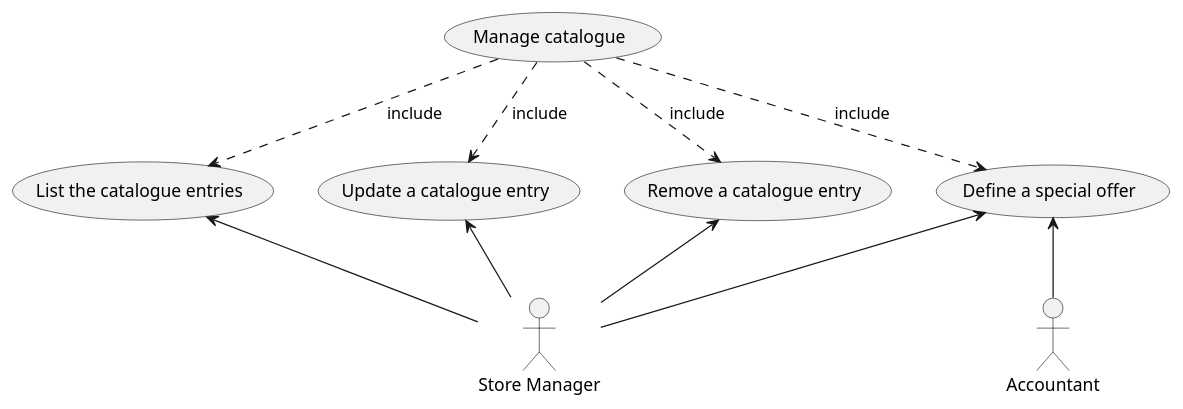
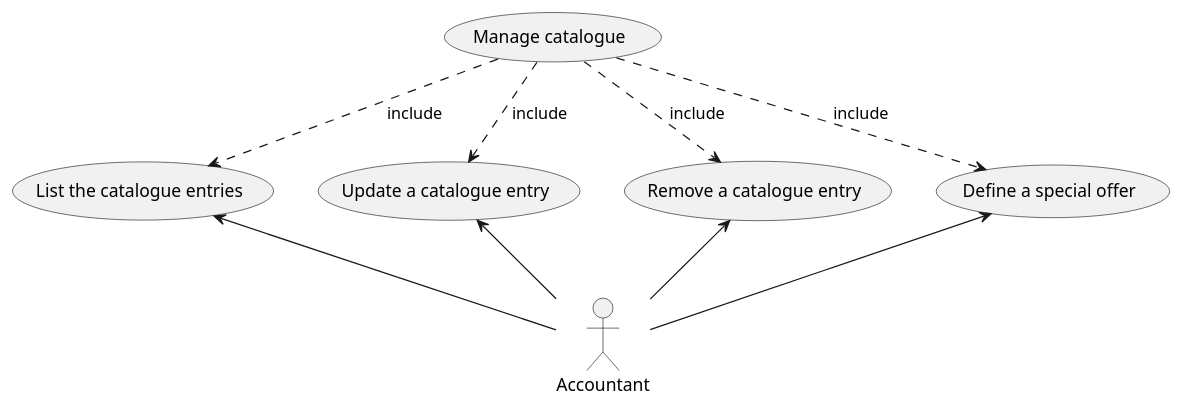
One commit to polito-se2-21-r03/se1-ezshop changed the sixth of 12 diagrams in Deliverables/RequirementsDocument.md. Above: the diagram before and after it, drawn with PlantUML.

Commit message:
changes about UC diagram 5.1

````diff
--- a/Deliverables/RequirementsDocument.md
+++ b/Deliverables/RequirementsDocument.md
@@ -329,23 +329,22 @@
 ```plantuml
-"Store Manager" as StoreManager
 "Accountant" as Accountant
 
 (Manage catalogue) as FR5
 
 (List the catalogue entries) as UC5.1
 (Update a catalogue entry) as UC5.2
 (Remove a catalogue entry) as UC5.3
 (Define a special offer) as UC5.4
 
 /' Customers management (UC5.1, UC5.2, UC5.3, UC5.4,) '/
 FR5 ..> UC5.1 :include
 FR5 ..> UC5.2 :include
 FR5 ..> UC5.3 :include
 FR5 ..> UC5.4 :include
 
-UC5.1 <-- StoreManager
-UC5.2 <-- StoreManager
-UC5.3 <-- StoreManager
-UC5.4 <-- StoreManager
+UC5.1 <-- Accountant
+UC5.2 <-- Accountant
+UC5.3 <-- Accountant
 UC5.4 <-- Accountant
+
 ```
````
